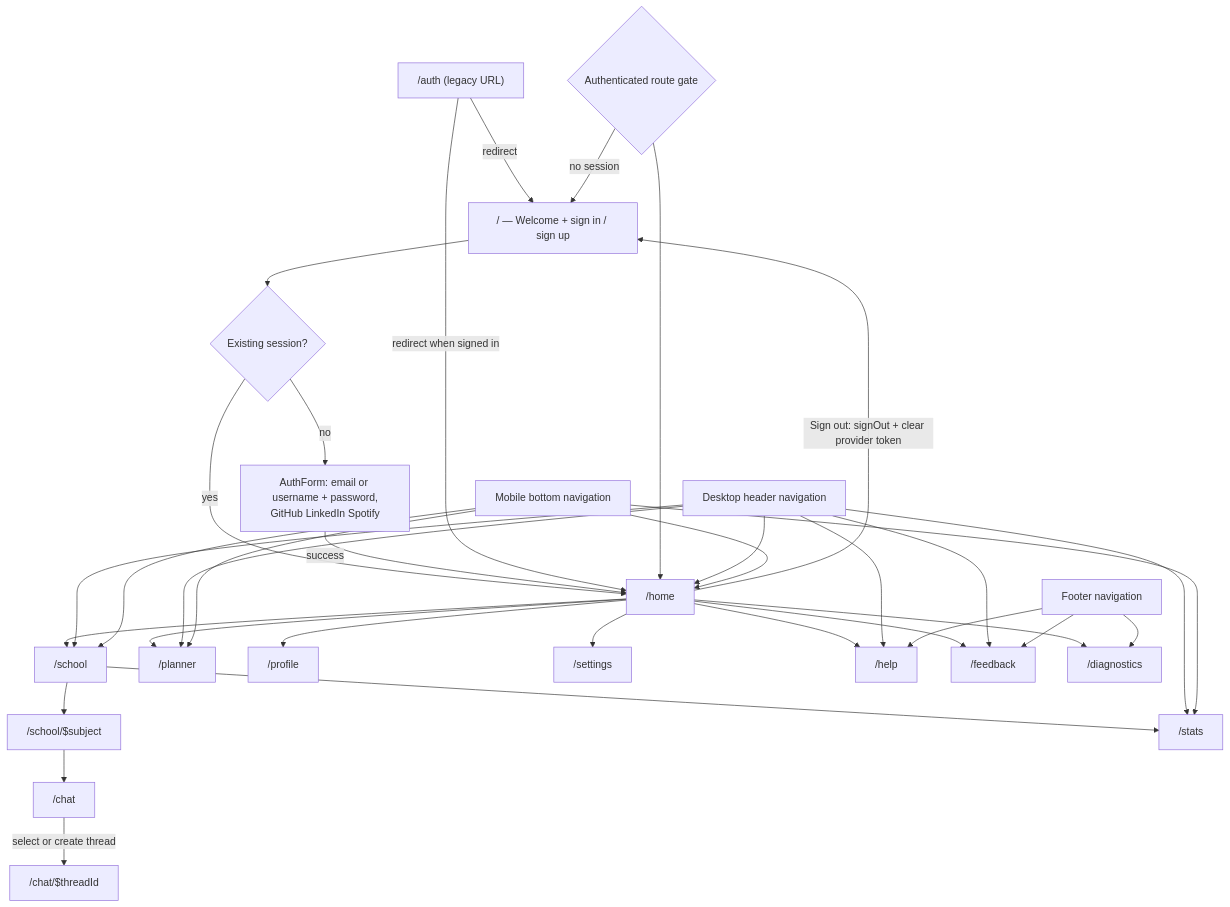
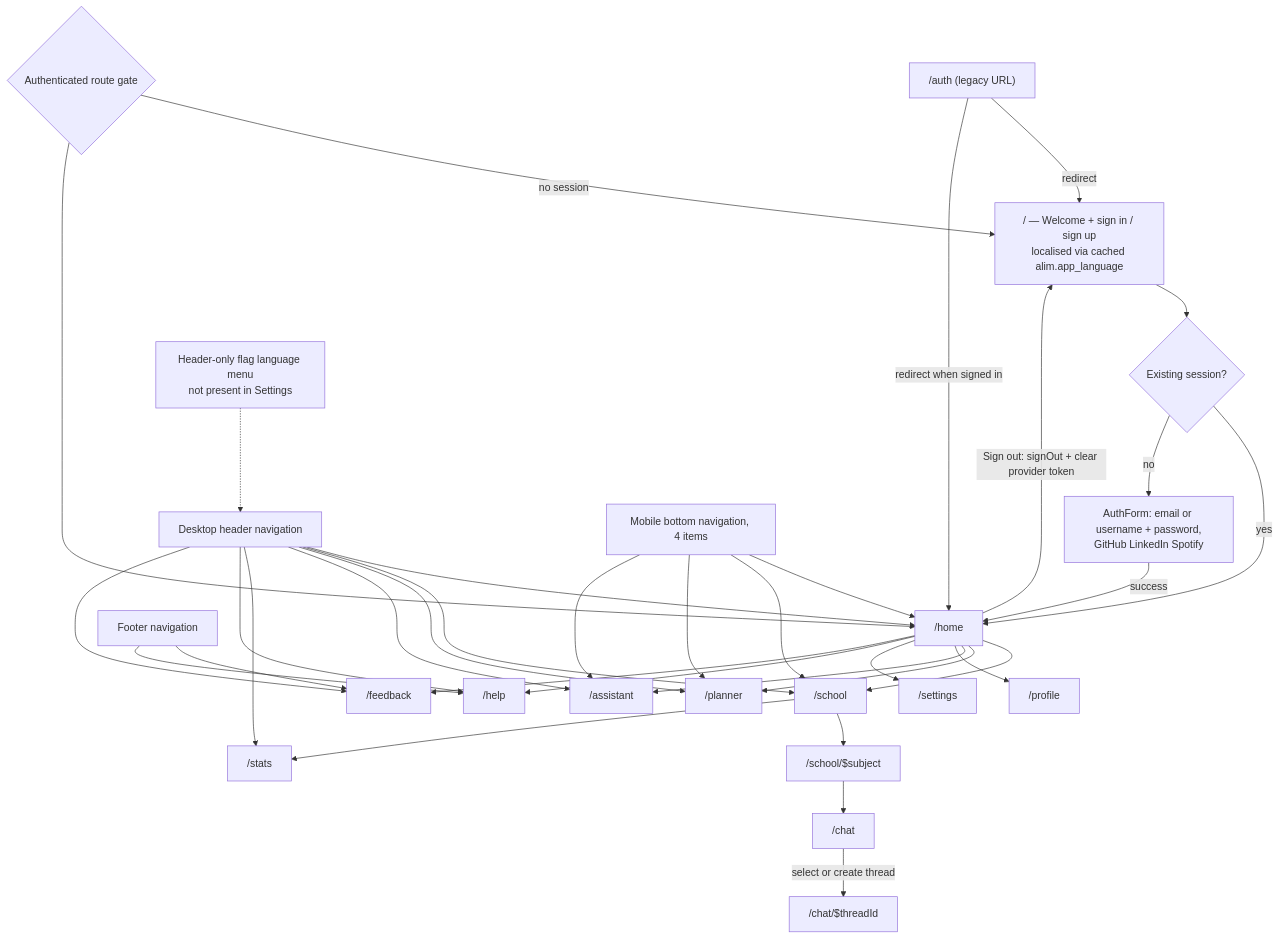
The diagram in docs/wireframes/02-routes-navigation.mmd (keyshavmor/study-swiss-star), drawn with Mermaid before and after one commit. The commit also changed 140 other files, not shown here.

```diff
--- a/docs/wireframes/02-routes-navigation.mmd
+++ b/docs/wireframes/02-routes-navigation.mmd
@@ -1,34 +1,35 @@
 flowchart TD
-  Root["/ — Welcome + sign in / sign up"] --> SignedIn{Existing session?}
+  Root["/ — Welcome + sign in / sign up\nlocalised via cached alim.app_language"] --> SignedIn{Existing session?}
   SignedIn -->|yes| Home["/home"]
   SignedIn -->|no| AuthForm[AuthForm: email or username + password,\nGitHub LinkedIn Spotify]
   AuthForm -->|success| Home
   Auth["/auth (legacy URL)"] -->|redirect| Root
   Auth -->|redirect when signed in| Home
   Protected{Authenticated route gate} -->|no session| Root
   Protected --> Home
   Home -->|Sign out: signOut + clear provider token| Root
   Home --> School["/school"]
   Home --> Planner["/planner"]
   School --> Subject["/school/$subject"]
   School --> Stats["/stats"]
   Subject --> ChatEntry["/chat"]
   ChatEntry -->|select or create thread| Thread["/chat/$threadId"]
+  Home --> Assistant["/assistant"]
   Home --> Profile["/profile"]
   Home --> Settings["/settings"]
   Home --> Help["/help"]
   Home --> Feedback["/feedback"]
-  Home --> Diagnostics["/diagnostics"]
   Header[Desktop header navigation] --> Home
   Header --> School
   Header --> Planner
+  Header --> Assistant
   Header --> Stats
   Header --> Help
   Header --> Feedback
-  Mobile[Mobile bottom navigation] --> Home
+  HeaderLang[Header-only flag language menu\nnot present in Settings] -.-> Header
+  Mobile[Mobile bottom navigation, 4 items] --> Home
   Mobile --> School
   Mobile --> Planner
-  Mobile --> Stats
+  Mobile --> Assistant
   Footer[Footer navigation] --> Feedback
   Footer --> Help
-  Footer --> Diagnostics
```
